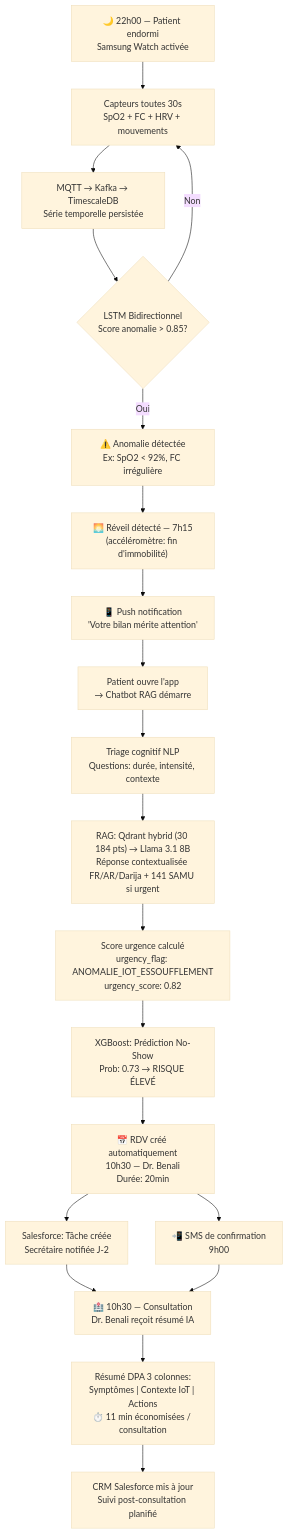
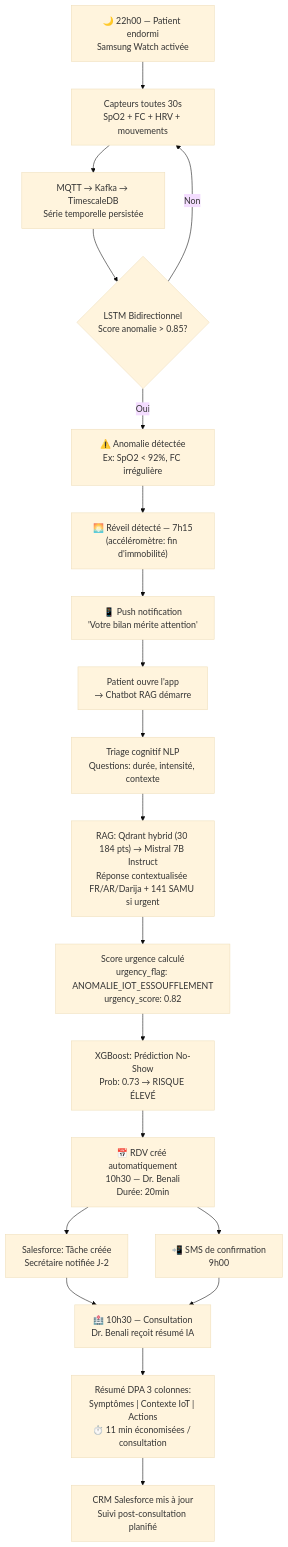
Before and after one commit to Boussyf0/MediSense-AI: diagram 23 of 32 in docs/DIAGRAMMES.md, drawn with Mermaid (base theme). The commit also changed other lines of this file and 17 other files, not shown here.

````diff
--- a/docs/DIAGRAMMES.md
+++ b/docs/DIAGRAMMES.md
@@ -1018,28 +1018,28 @@
 ```mermaid
 flowchart TD
     A["🌙 22h00 — Patient endormi<br/>Samsung Watch activée"]
     B["Capteurs toutes 30s<br/>SpO2 + FC + HRV + mouvements"]
     C["MQTT → Kafka → TimescaleDB<br/>Série temporelle persistée"]
     D{"LSTM Bidirectionnel<br/>Score anomalie > 0.85?"}
     E["⚠️ Anomalie détectée<br/>Ex: SpO2 < 92%, FC irrégulière"]
     F["🌅 Réveil détecté — 7h15<br/>(accéléromètre: fin d'immobilité)"]
     G["📱 Push notification<br/>'Votre bilan mérite attention'"]
     H["Patient ouvre l'app<br/>→ Chatbot RAG démarre"]
     I["Triage cognitif NLP<br/>Questions: durée, intensité, contexte"]
-    J["RAG: Qdrant hybrid (30 184 pts) → Llama 3.1 8B<br/>Réponse contextualisée FR/AR/Darija + 141 SAMU si urgent"]
+    J["RAG: Qdrant hybrid (30 184 pts) → Mistral 7B Instruct<br/>Réponse contextualisée FR/AR/Darija + 141 SAMU si urgent"]
     K["Score urgence calculé<br/>urgency_flag: ANOMALIE_IOT_ESSOUFFLEMENT<br/>urgency_score: 0.82"]
     L["XGBoost: Prédiction No-Show<br/>Prob: 0.73 → RISQUE ÉLEVÉ"]
     M["📅 RDV créé automatiquement<br/>10h30 — Dr. Benali<br/>Durée: 20min"]
     N["Salesforce: Tâche créée<br/>Secrétaire notifiée J-2"]
     O["📲 SMS de confirmation<br/>9h00"]
     P["🏥 10h30 — Consultation<br/>Dr. Benali reçoit résumé IA"]
     Q["Résumé DPA 3 colonnes:<br/>Symptômes | Contexte IoT | Actions<br/>⏱️ 11 min économisées / consultation"]
     R["CRM Salesforce mis à jour<br/>Suivi post-consultation planifié"]
 
     A --> B --> C --> D
     D -->|Non| B
     D -->|Oui| E --> F --> G --> H
     H --> I --> J --> K --> L --> M
     M --> N & O
     N & O --> P --> Q --> R
 ```
````
